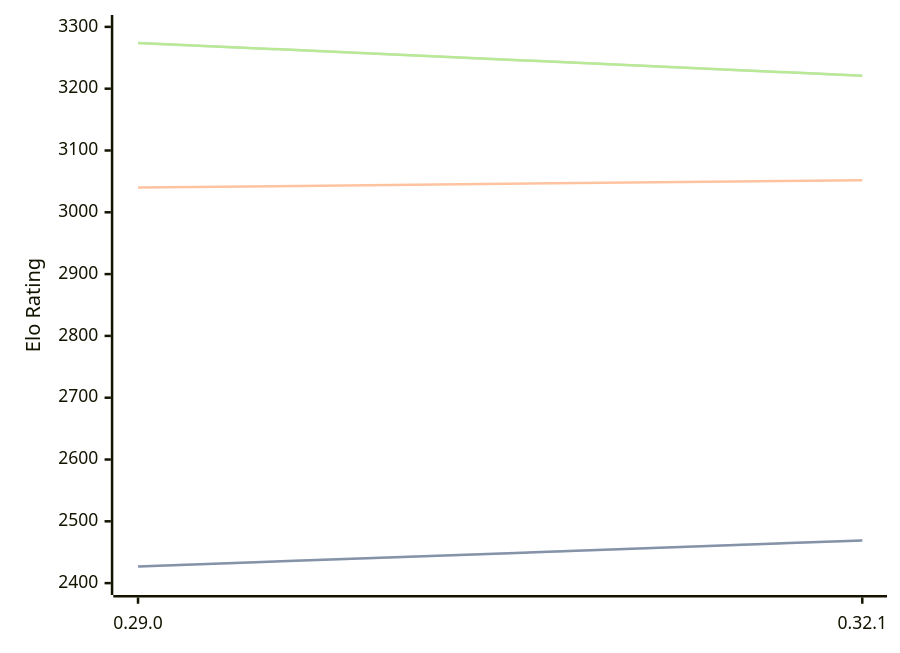
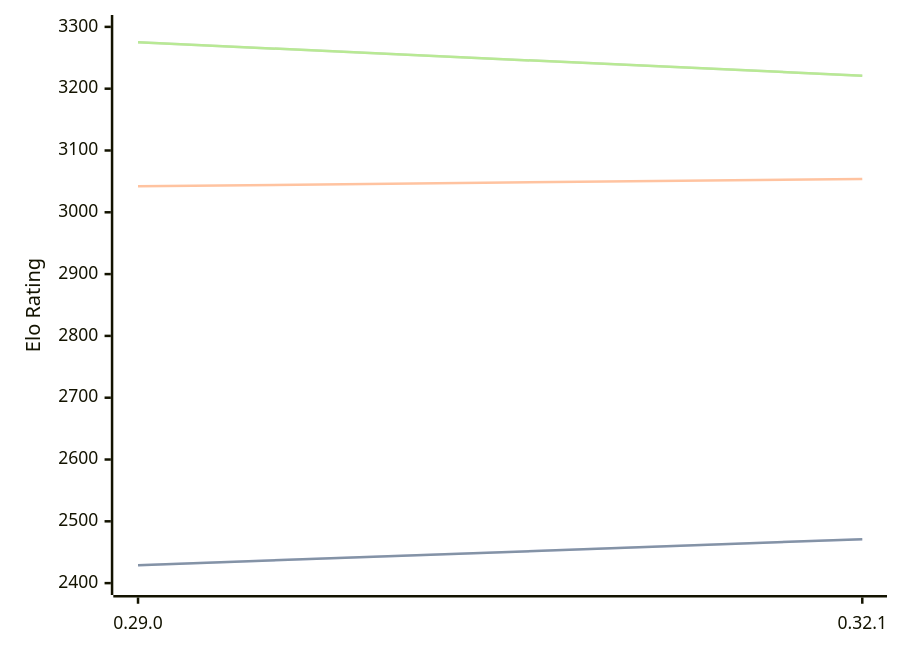
The diagram in engines/Lc0.md (computer-chess-index/cci), drawn with Mermaid before and after one commit. The commit also changed other lines of this file, not shown here.

Commit message:
Update CCI Ratings (ELO VLTC) - 2026-05-04

````diff
--- a/engines/Lc0.md
+++ b/engines/Lc0.md
@@ -68,11 +68,11 @@
 ```mermaid
 %%{init: {"theme":"base","themeVariables":{"seriesColors:['#a3a3a3','#222221','#faa371']}}}%%
 xychart-beta
   x-axis ["0.29.0", "0.32.1"]
   y-axis "Elo Rating" 2400 --> 3300
-  line "STC (8.0+0.08s)" [2427, 2469]
-  line "STC (8.0+0.08s)" [2427, 2469]
-  line "LTC (60.0+0.60s)" [3040, 3052]
-  line "VLTC (2m24s+1.12s)" [3274, 3221]
-  line "VLTC (2m24s+1.12s)" [3274, 3221]
+  line "STC (8.0+0.08s)" [2429, 2471]
+  line "STC (8.0+0.08s)" [2429, 2471]
+  line "LTC (60.0+0.60s)" [3042, 3054]
+  line "VLTC (2m24s+1.12s)" [3275, 3221]
+  line "VLTC (2m24s+1.12s)" [3275, 3221]
 ```
````
